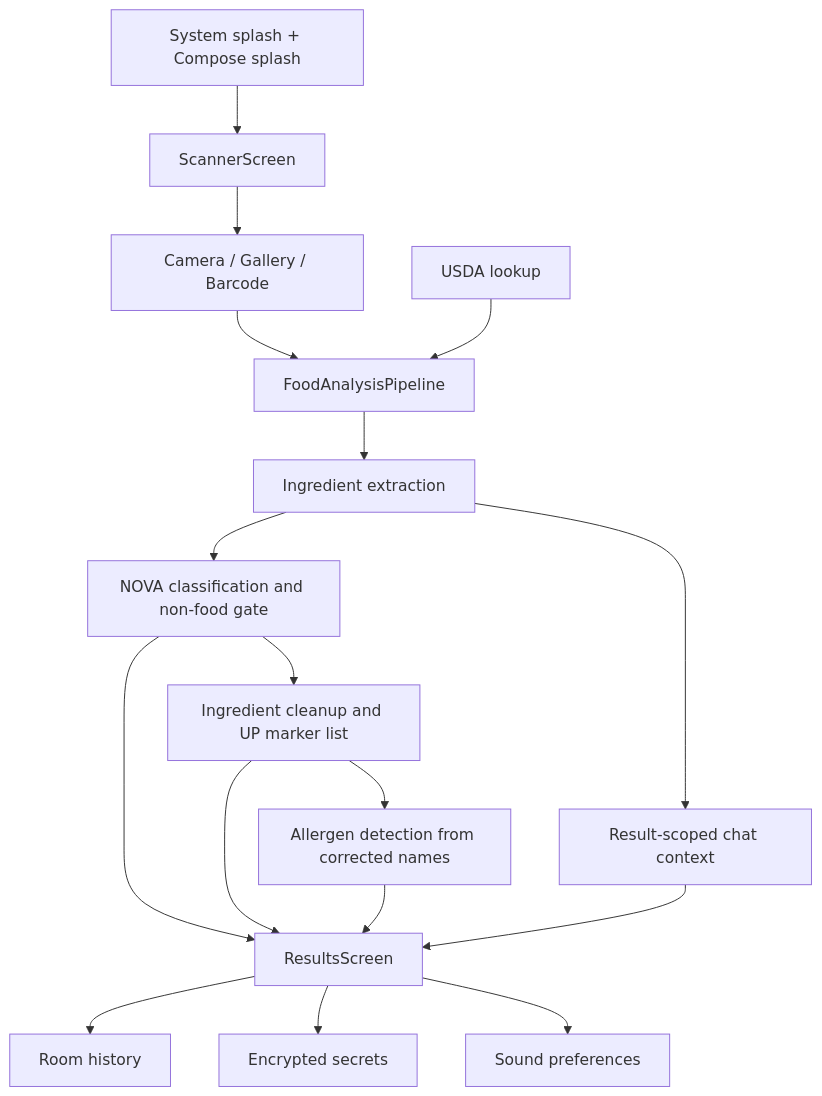
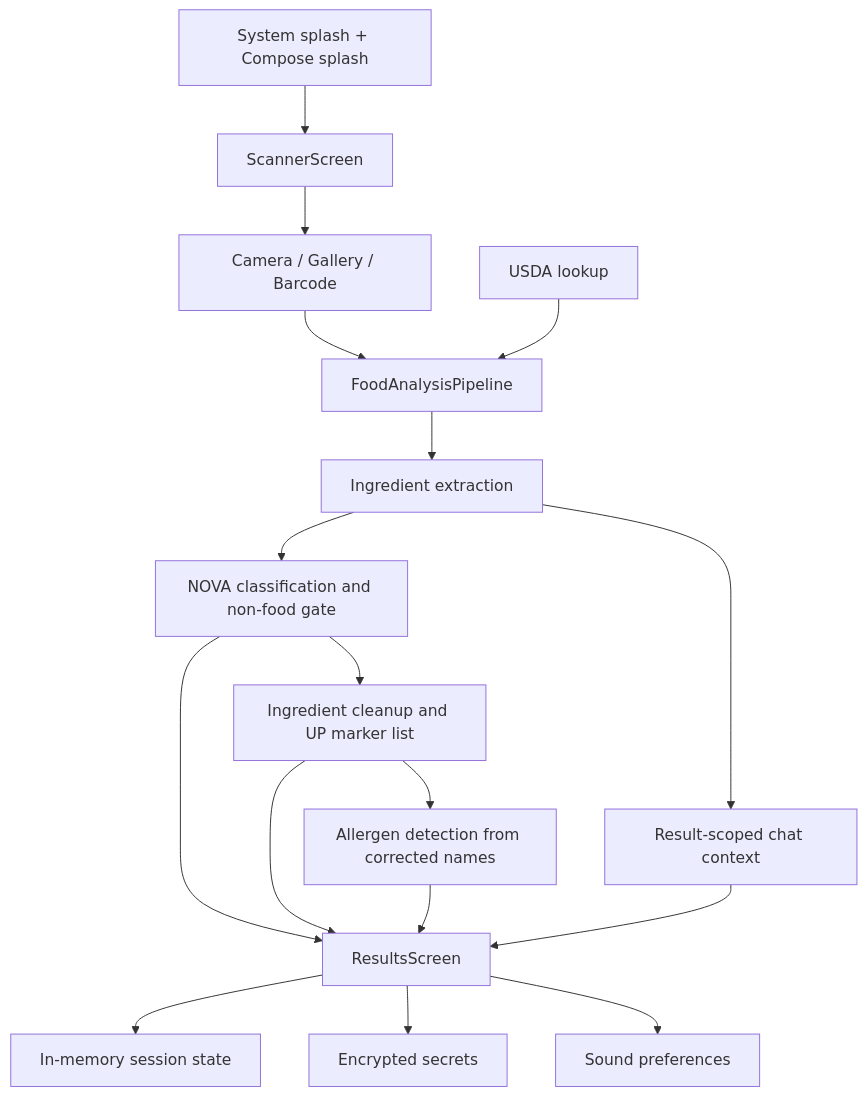
Before and after one commit to Bhagat-Atul/ultraprocessed: the diagram in documentation/README.md, drawn with Mermaid. The commit also changed other lines of this file and 54 other files, not shown here.

````diff
--- a/documentation/README.md
+++ b/documentation/README.md
@@ -22,19 +25,19 @@
 ```mermaid
 flowchart TB
     Launch[System splash + Compose splash] --> Scanner[ScannerScreen]
     Scanner --> Capture[Camera / Gallery / Barcode]
     Capture --> Pipeline[FoodAnalysisPipeline]
     Pipeline --> Extract[Ingredient extraction]
     Extract --> Nova[NOVA classification and non-food gate]
     Nova --> IngredientCleanup[Ingredient cleanup and UP marker list]
     IngredientCleanup --> Allergens[Allergen detection from corrected names]
     Extract --> Chat[Result-scoped chat context]
     Nova --> UI[ResultsScreen]
     IngredientCleanup --> UI
     Allergens --> UI
     Chat --> UI
-    UI --> Room[Room history]
+    UI --> Session[In-memory session state]
     UI --> Secrets[Encrypted secrets]
     UI --> Prefs[Sound preferences]
     USDA[USDA lookup] --> Pipeline
 ```
````
